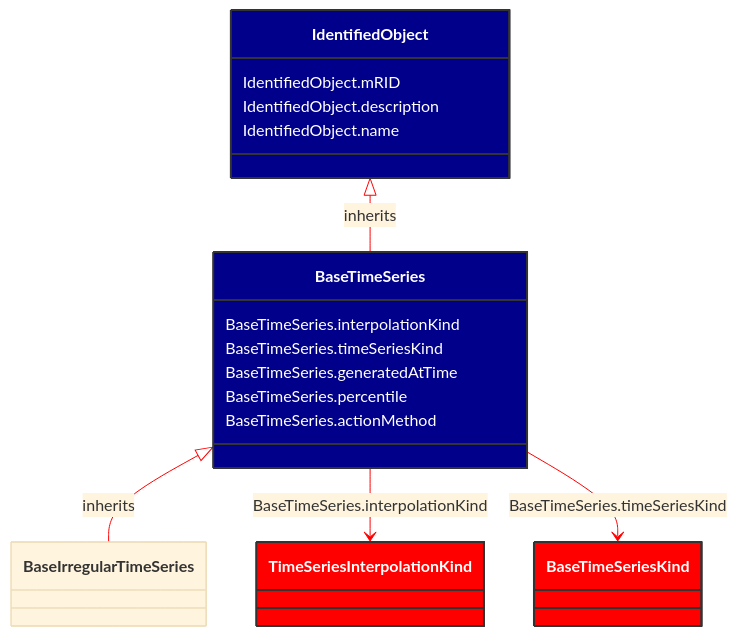
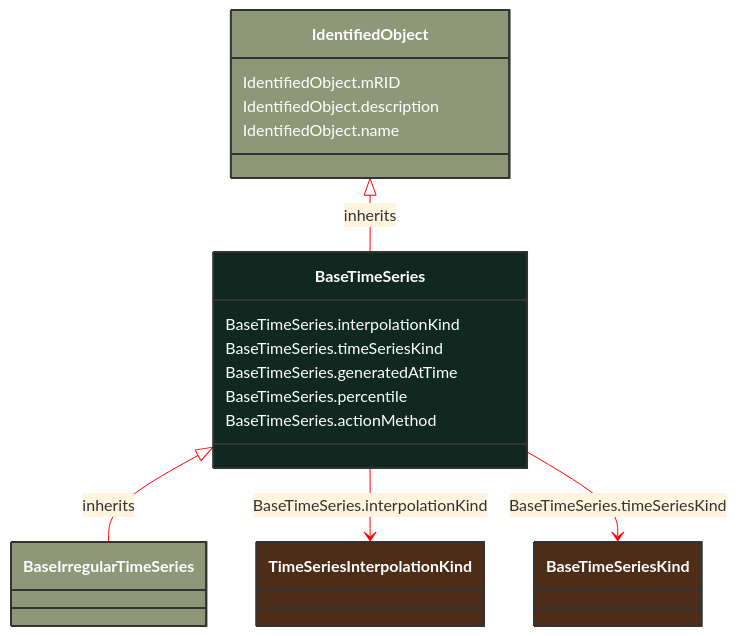
Before and after one commit to 3lbits/NoCIMExtensions: the diagram in docs/Models/Profiles/WattApp/AbstractClasses/BaseTimeSeries.md, drawn with Mermaid. The commit also changed 190 other files, not shown here.

````diff
--- a/docs/Models/Profiles/WattApp/AbstractClasses/BaseTimeSeries.md
+++ b/docs/Models/Profiles/WattApp/AbstractClasses/BaseTimeSeries.md
@@ -10,40 +10,38 @@
 ```mermaid
 %%{init: {'theme':'base','themeVariables': {'lineColor': '#FF0000'}}}%%
 classDiagram
     class BaseTimeSeries
     click BaseTimeSeries href "/Models/Profiles/WattApp/AbstractClasses/BaseTimeSeries/"
-    style BaseTimeSeries fill:#006400,stroke:#333,stroke-width:2px,rx:10,ry:10,color:white
+    style BaseTimeSeries fill:#102820,stroke:#333,stroke-width:2px,rx:10,ry:10,color:white
 
         BaseTimeSeries <|-- BaseIrregularTimeSeries : inherits
-            click BaseTimeSeries href "/Models/Profiles/WattApp/AbstractClasses/BaseTimeSeries/"
-            style BaseTimeSeries fill:#00008B,stroke:#333,stroke-width:2px,rx:10,ry:10,color:white
 
         BaseIrregularTimeSeries
             click BaseIrregularTimeSeries href "/Models/Profiles/WattApp/AbstractClasses/BaseIrregularTimeSeries/"
-            style BaseTimeSeries fill:#00008B,stroke:#333,stroke-width:2px,rx:10,ry:10,color:white
-
+            style BaseIrregularTimeSeries fill:#8F9779,stroke:#333,stroke-width:2px,rx:10,ry:10,color:white
+     
         IdentifiedObject <|-- BaseTimeSeries : inherits
             click IdentifiedObject href "/Models/Profiles/WattApp/AbstractClasses/IdentifiedObject/"
-            style IdentifiedObject fill:#00008B,stroke:#333,stroke-width:2px,rx:10,ry:10,color:white
+            style IdentifiedObject fill:#8F9779,stroke:#333,stroke-width:2px,rx:10,ry:10,color:white
 
 
         BaseTimeSeries --> TimeSeriesInterpolationKind : BaseTimeSeries.interpolationKind
 
         TimeSeriesInterpolationKind
             click TimeSeriesInterpolationKind href "/Models/Profiles/WattApp/Enumerations/TimeSeriesInterpolationKind/"
-            style TimeSeriesInterpolationKind fill:#FF0000,stroke:#333,stroke-width:2px,rx:10,ry:10,color:white
+            style TimeSeriesInterpolationKind fill:#4D2D18,stroke:#333,stroke-width:2px,rx:10,ry:10,color:white
         BaseTimeSeries --> BaseTimeSeriesKind : BaseTimeSeries.timeSeriesKind
 
         BaseTimeSeriesKind
             click BaseTimeSeriesKind href "/Models/Profiles/WattApp/Enumerations/BaseTimeSeriesKind/"
-            style BaseTimeSeriesKind fill:#FF0000,stroke:#333,stroke-width:2px,rx:10,ry:10,color:white
+            style BaseTimeSeriesKind fill:#4D2D18,stroke:#333,stroke-width:2px,rx:10,ry:10,color:white
 
         BaseTimeSeries : BaseTimeSeries.interpolationKind
         BaseTimeSeries : BaseTimeSeries.timeSeriesKind
         BaseTimeSeries : BaseTimeSeries.generatedAtTime
         BaseTimeSeries : BaseTimeSeries.percentile
         BaseTimeSeries : BaseTimeSeries.actionMethod
         IdentifiedObject : IdentifiedObject.mRID
         IdentifiedObject : IdentifiedObject.description
         IdentifiedObject : IdentifiedObject.name
 ```
````
